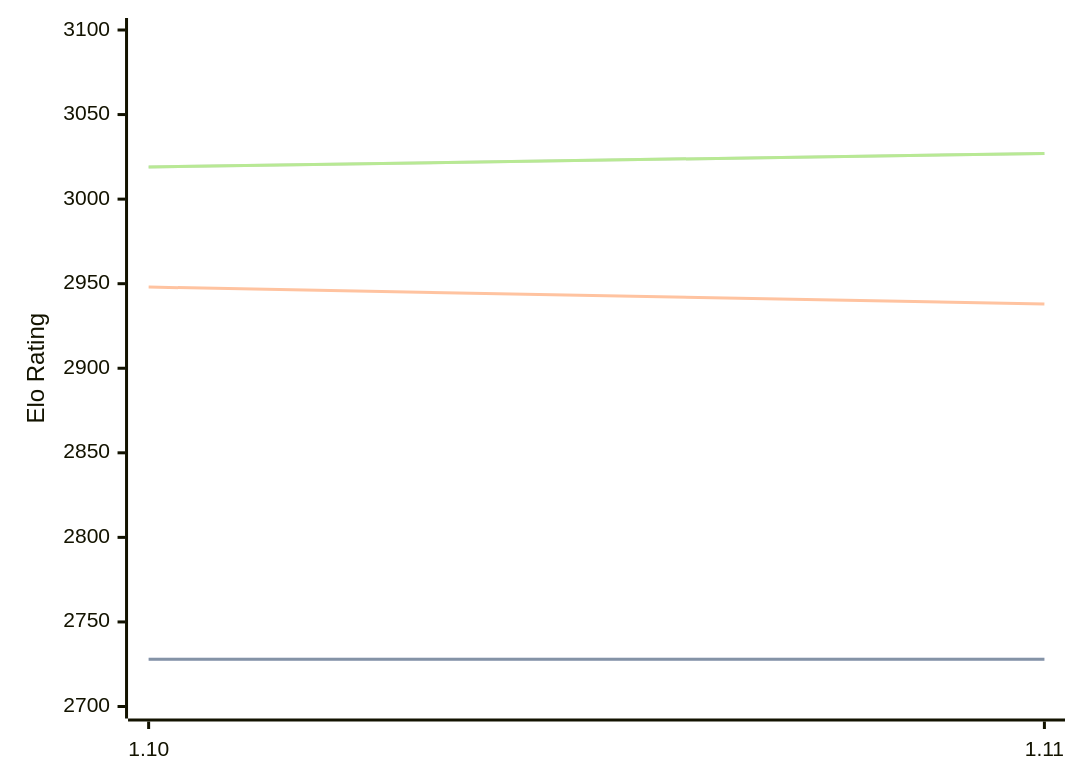
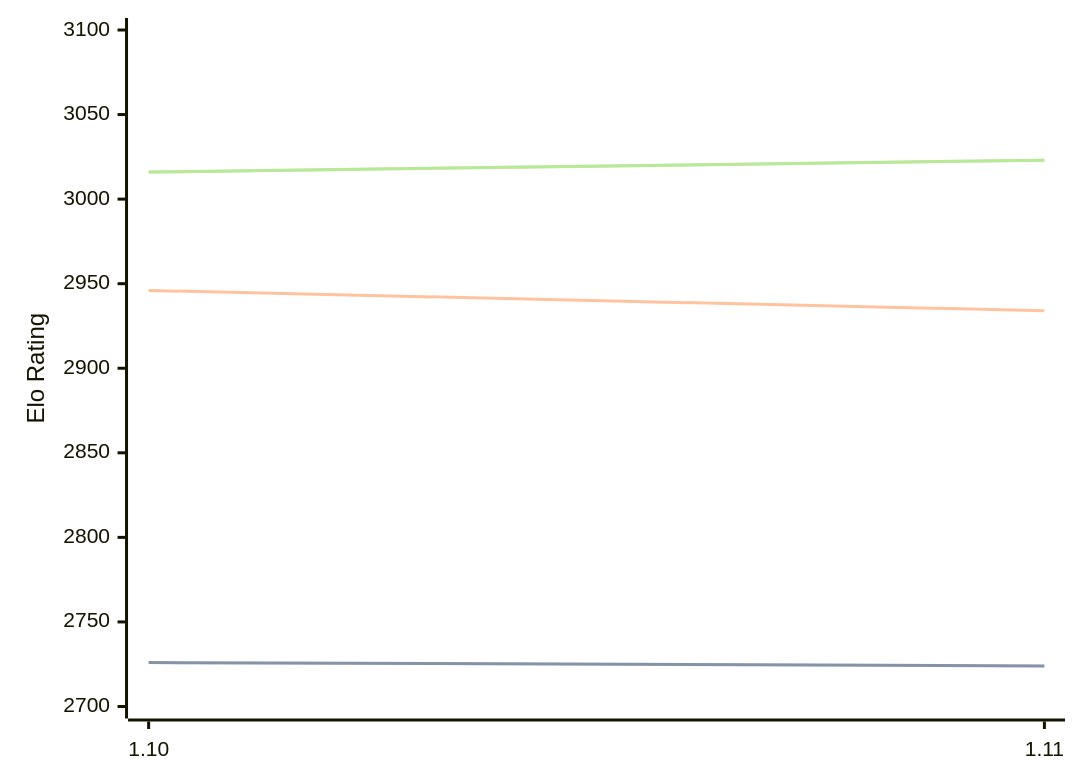
Before and after one commit to computer-chess-index/cci: the diagram in engines/Roc.md, drawn with Mermaid. The commit also changed other lines of this file, not shown here.

Commit message:
Update CCI Ratings (ELO VLTC) - 2026-08-12

````diff
--- a/engines/Roc.md
+++ b/engines/Roc.md
@@ -54,11 +54,11 @@
 ```mermaid
 %%{init: {"theme":"base","themeVariables":{"seriesColors:['#a3a3a3','#222221','#faa371']}}}%%
 xychart-beta
   x-axis ["1.10", "1.11"]
   y-axis "Elo Rating" 2700 --> 3100
-  line "STC (8.0+0.08s)" [2728, 2728]
-  line "STC (8.0+0.08s)" [2728, 2728]
-  line "LTC (60.0+0.60s)" [2948, 2938]
-  line "VLTC (2m24s+1.12s)" [3019, 3027]
-  line "VLTC (2m24s+1.12s)" [3019, 3027]
+  line "STC (8.0+0.08s)" [2726, 2724]
+  line "STC (8.0+0.08s)" [2726, 2724]
+  line "LTC (60.0+0.60s)" [2946, 2934]
+  line "VLTC (2m24s+1.12s)" [3016, 3023]
+  line "VLTC (2m24s+1.12s)" [3016, 3023]
 ```
````
